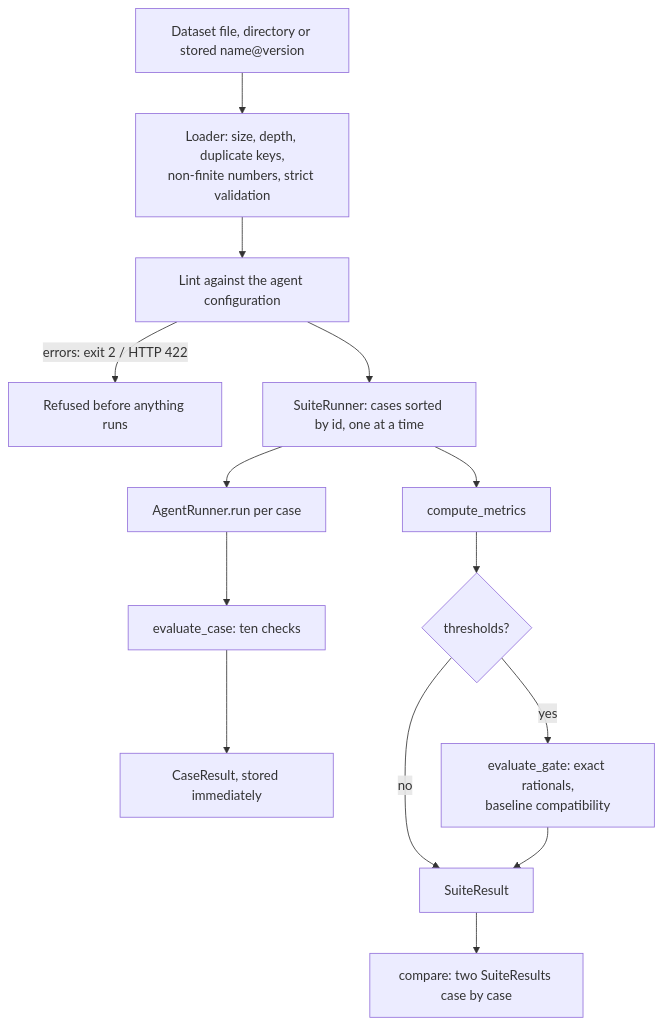
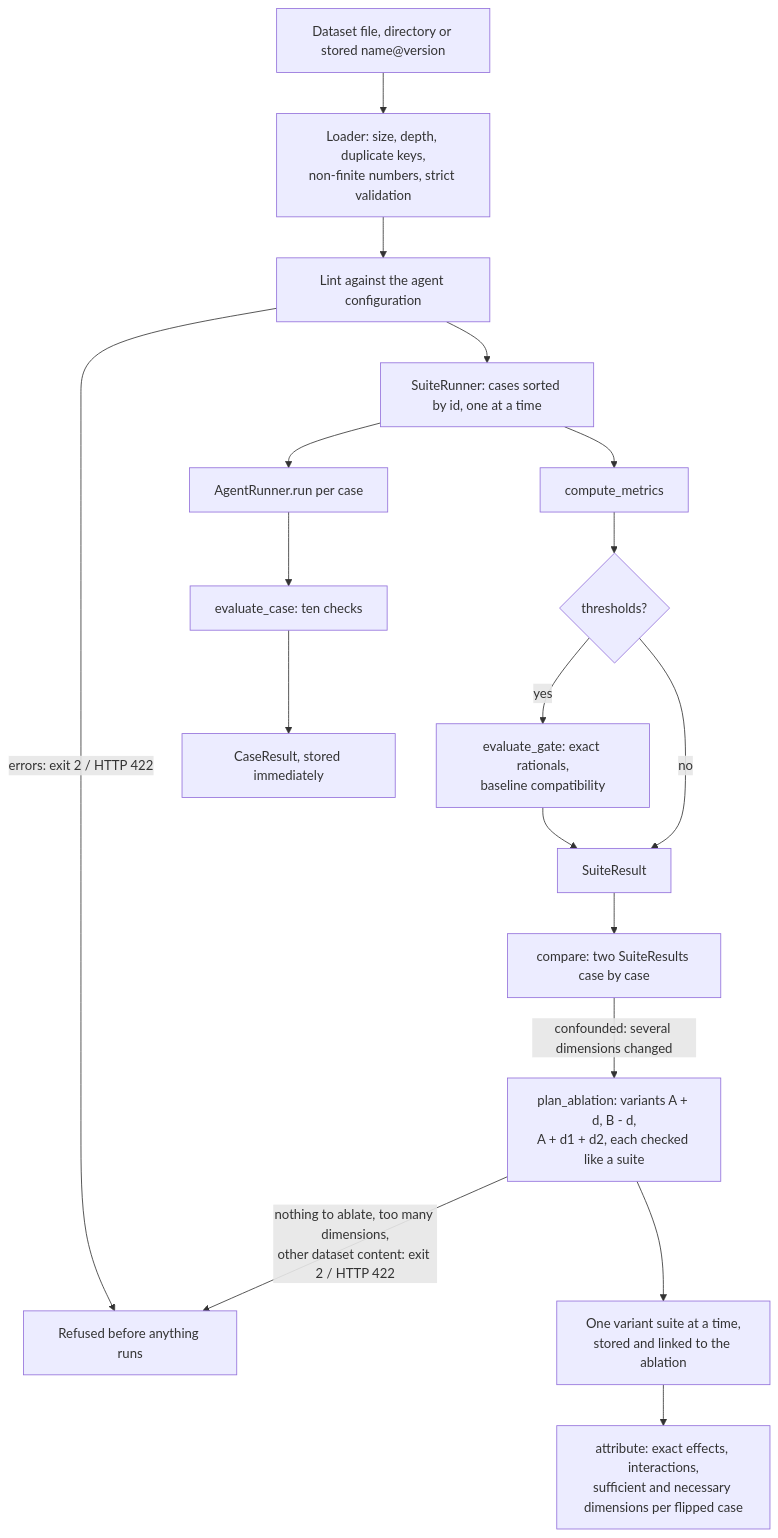
One commit to mateoosoriodelhonte/agentscope changed the fourth of 5 diagrams in ARCHITECTURE.md. Above: the diagram before and after it, drawn with Mermaid. The commit also changed other lines of this file and 66 other files, not shown here.

````diff
--- a/ARCHITECTURE.md
+++ b/ARCHITECTURE.md
@@ -162,16 +162,20 @@
 ```mermaid
 flowchart TD
     IN[Dataset file, directory or stored name@version] --> LD[Loader: size, depth, duplicate keys,<br/>non-finite numbers, strict validation]
     LD --> LT[Lint against the agent configuration]
     LT -->|errors: exit 2 / HTTP 422| STOP[Refused before anything runs]
     LT --> SR[SuiteRunner: cases sorted by id, one at a time]
     SR --> RUN[AgentRunner.run per case]
     RUN --> EC[evaluate_case: ten checks]
     EC --> CR[CaseResult, stored immediately]
     SR --> M[compute_metrics]
     M --> GT{thresholds?}
     GT -->|yes| GATE[evaluate_gate: exact rationals,<br/>baseline compatibility]
     GT -->|no| RES[SuiteResult]
     GATE --> RES
     RES --> CMP[compare: two SuiteResults case by case]
+    CMP -->|confounded: several dimensions changed| PLAN[plan_ablation: variants A + d, B - d,<br/>A + d1 + d2, each checked like a suite]
+    PLAN -->|nothing to ablate, too many dimensions,<br/>other dataset content: exit 2 / HTTP 422| STOP
+    PLAN --> VAR[One variant suite at a time,<br/>stored and linked to the ablation]
+    VAR --> ATT[attribute: exact effects, interactions,<br/>sufficient and necessary dimensions per flipped case]
 ```
````
